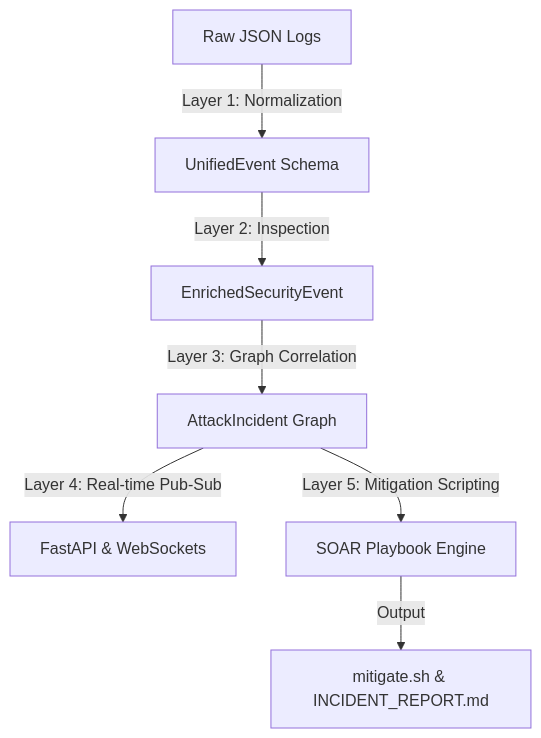
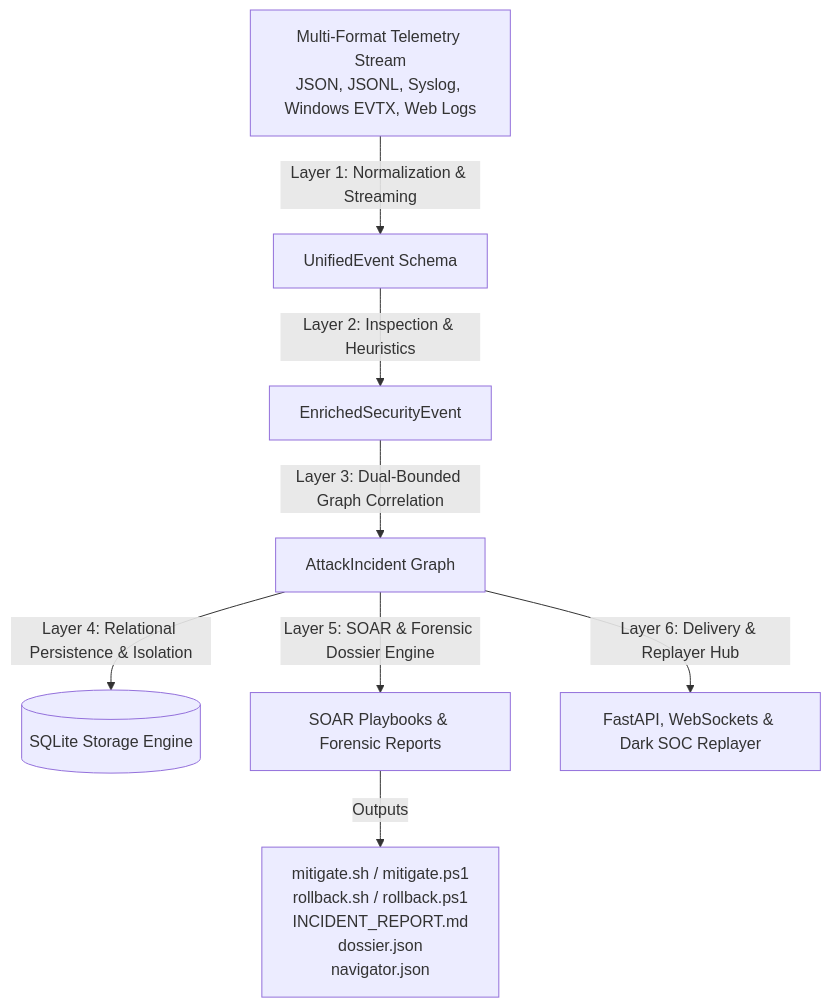
The diagram in docs/ARCHITECTURE.md (sanjeevandev/attacktrace), drawn with Mermaid before and after one commit. The commit also changed other lines of this file and 17 other files, not shown here.

````diff
--- a/docs/ARCHITECTURE.md
+++ b/docs/ARCHITECTURE.md
@@ -11,9 +11,11 @@
 ```mermaid
 graph TD
-    RawLogs[Raw JSON Logs] -->|Layer 1: Normalization| L1[UnifiedEvent Schema]
-    L1 -->|Layer 2: Inspection| L2[EnrichedSecurityEvent]
-    L2 -->|Layer 3: Graph Correlation| L3[AttackIncident Graph]
-    L3 -->|Layer 4: Real-time Pub-Sub| L4[FastAPI & WebSockets]
-    L3 -->|Layer 5: Mitigation Scripting| L5[SOAR Playbook Engine]
-    L5 -->|Output| Action[mitigate.sh & INCIDENT_REPORT.md]
+    RawLogs[Multi-Format Telemetry Stream<br/>JSON, JSONL, Syslog, Windows EVTX, Web Logs] -->|Layer 1: Normalization & Streaming| L1[UnifiedEvent Schema]
+    L1 -->|Layer 2: Inspection & Heuristics| L2[EnrichedSecurityEvent]
+    L2 -->|Layer 3: Dual-Bounded Graph Correlation| L3[AttackIncident Graph]
+    L3 -->|Layer 4: Relational Persistence & Isolation| L4[(SQLite Storage Engine)]
+    L3 -->|Layer 5: SOAR & Forensic Dossier Engine| L5[SOAR Playbooks & Forensic Reports]
+    L3 -->|Layer 6: Delivery & Replayer Hub| L6[FastAPI, WebSockets & Dark SOC Replayer]
+    
+    L5 -->|Outputs| Outputs[mitigate.sh / mitigate.ps1<br/>rollback.sh / rollback.ps1<br/>INCIDENT_REPORT.md<br/>dossier.json<br/>navigator.json]
 ```
````
